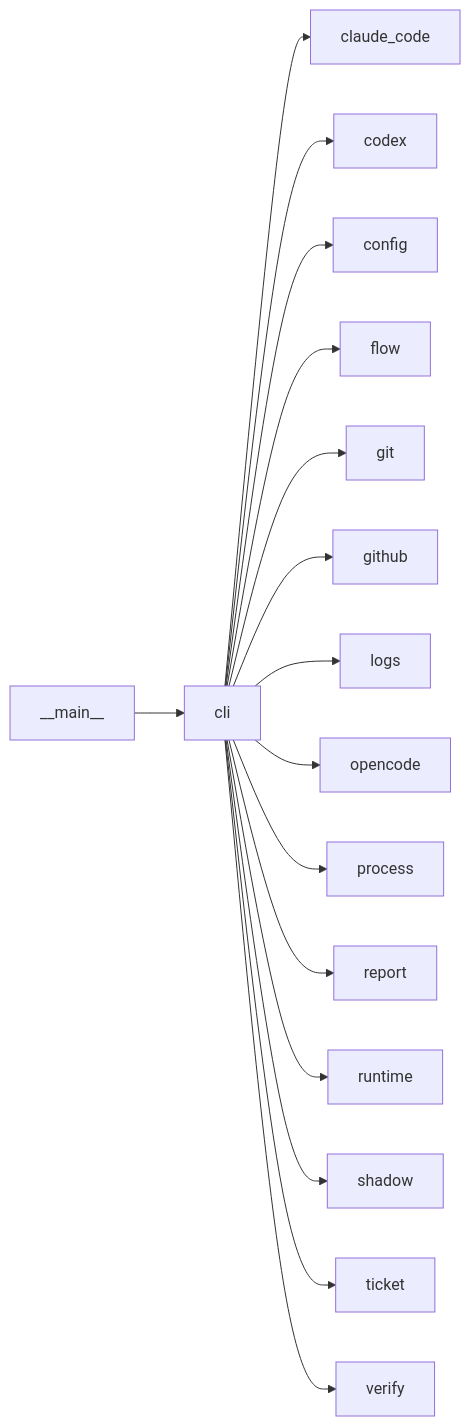
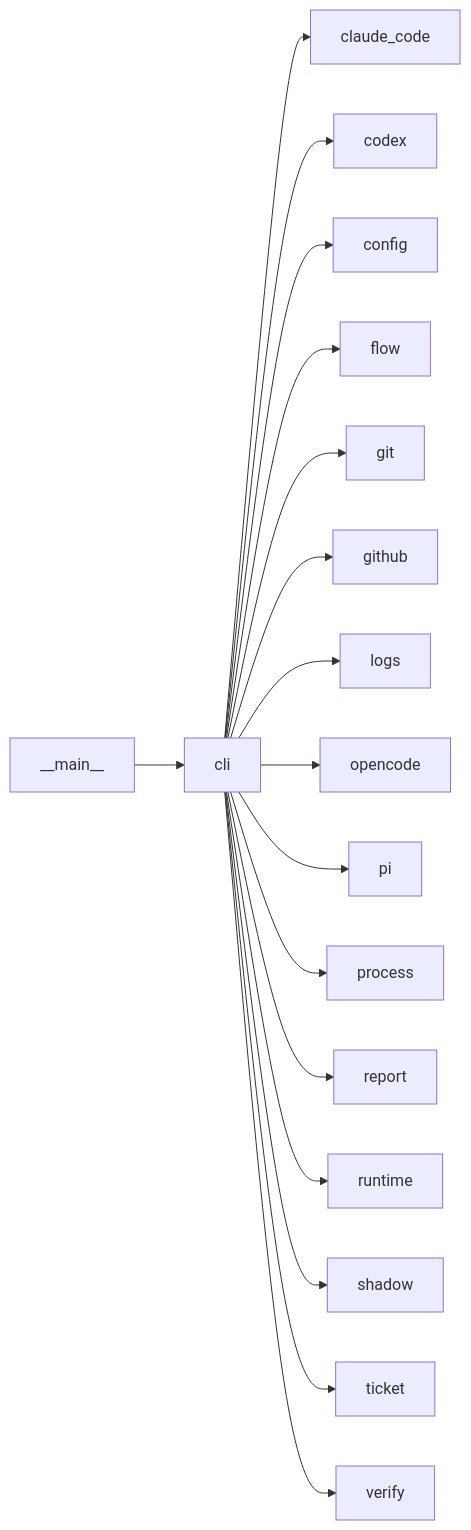
The third of 3 diagrams in docs/architecture/modules/cli.md (plaplanche/ariane), drawn with Mermaid before and after one commit. The commit also changed 27 other files, not shown here.

````diff
--- a/docs/architecture/modules/cli.md
+++ b/docs/architecture/modules/cli.md
@@ -84,18 +84,19 @@
 ```mermaid
 flowchart LR
   __main__ --> cli
   cli --> claude_code
   cli --> codex
   cli --> config
   cli --> flow
   cli --> git
   cli --> github
   cli --> logs
   cli --> opencode
+  cli --> pi
   cli --> process
   cli --> report
   cli --> runtime
   cli --> shadow
   cli --> ticket
   cli --> verify
 ```
````
